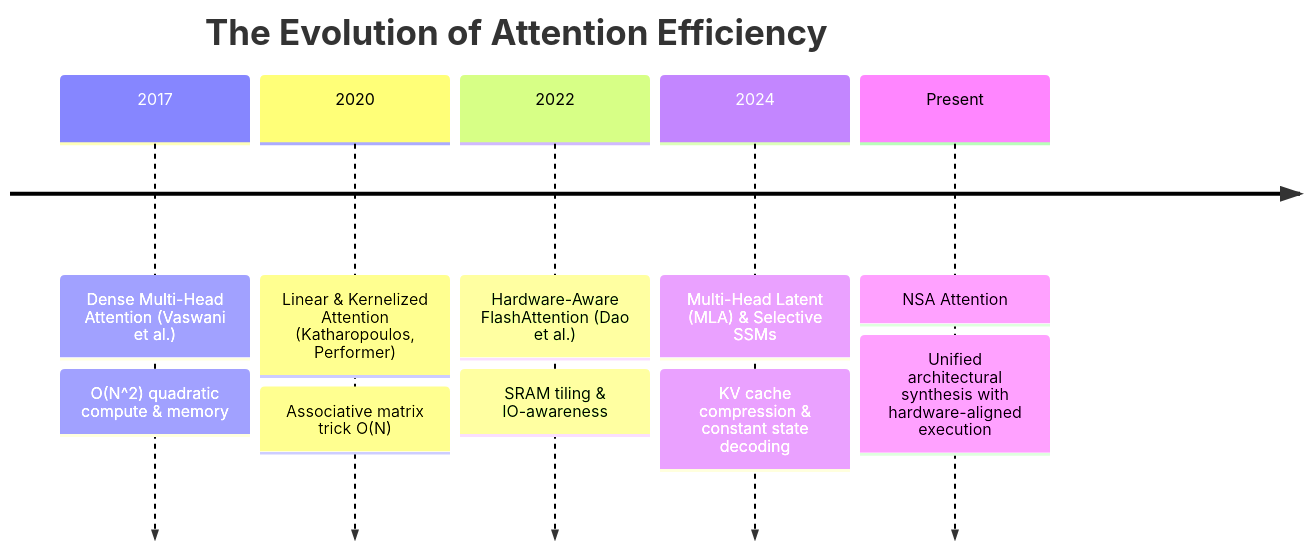
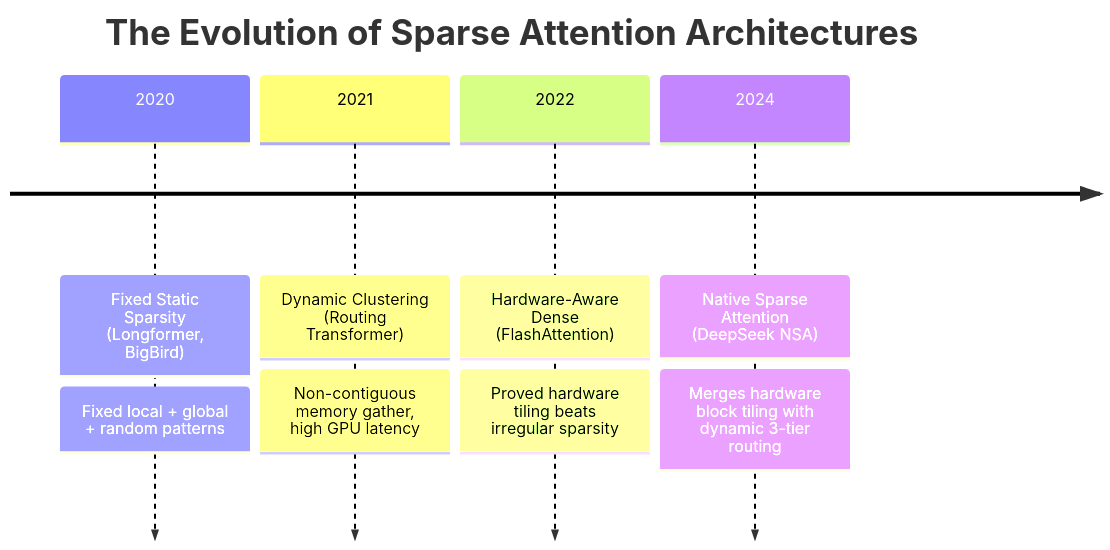
The first of 2 diagrams in Docs/content/attentions_blog/nsa_attention_blog.md (tahamajs/NeuralOps), drawn with Mermaid before and after one commit. The commit also changed other lines of this file and 19 other files, not shown here.

````diff
--- a/Docs/content/attentions_blog/nsa_attention_blog.md
+++ b/Docs/content/attentions_blog/nsa_attention_blog.md
@@ -58,9 +77,8 @@
 ```mermaid
 timeline
-    title The Evolution of Attention Efficiency
-    2017 : Dense Multi-Head Attention (Vaswani et al.) : O(N^2) quadratic compute & memory
-    2020 : Linear & Kernelized Attention (Katharopoulos, Performer) : Associative matrix trick O(N)
-    2022 : Hardware-Aware FlashAttention (Dao et al.) : SRAM tiling & IO-awareness
-    2024 : Multi-Head Latent (MLA) & Selective SSMs : KV cache compression & constant state decoding
-    Present : NSA Attention : Unified architectural synthesis with hardware-aligned execution
+    title The Evolution of Sparse Attention Architectures
+    2020 : Fixed Static Sparsity (Longformer, BigBird) : Fixed local + global + random patterns
+    2021 : Dynamic Clustering (Routing Transformer) : Non-contiguous memory gather, high GPU latency
+    2022 : Hardware-Aware Dense (FlashAttention) : Proved hardware tiling beats irregular sparsity
+    2024 : Native Sparse Attention (DeepSeek NSA) : Merges hardware block tiling with dynamic 3-tier routing
 ```
````
